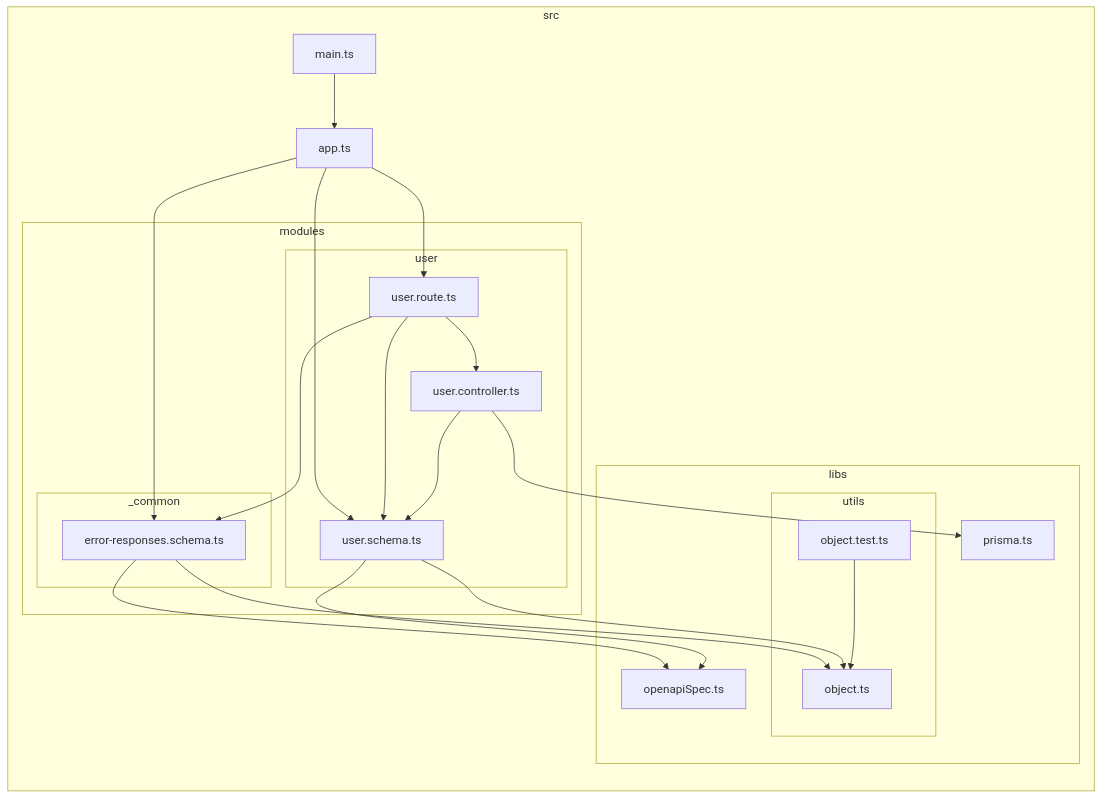
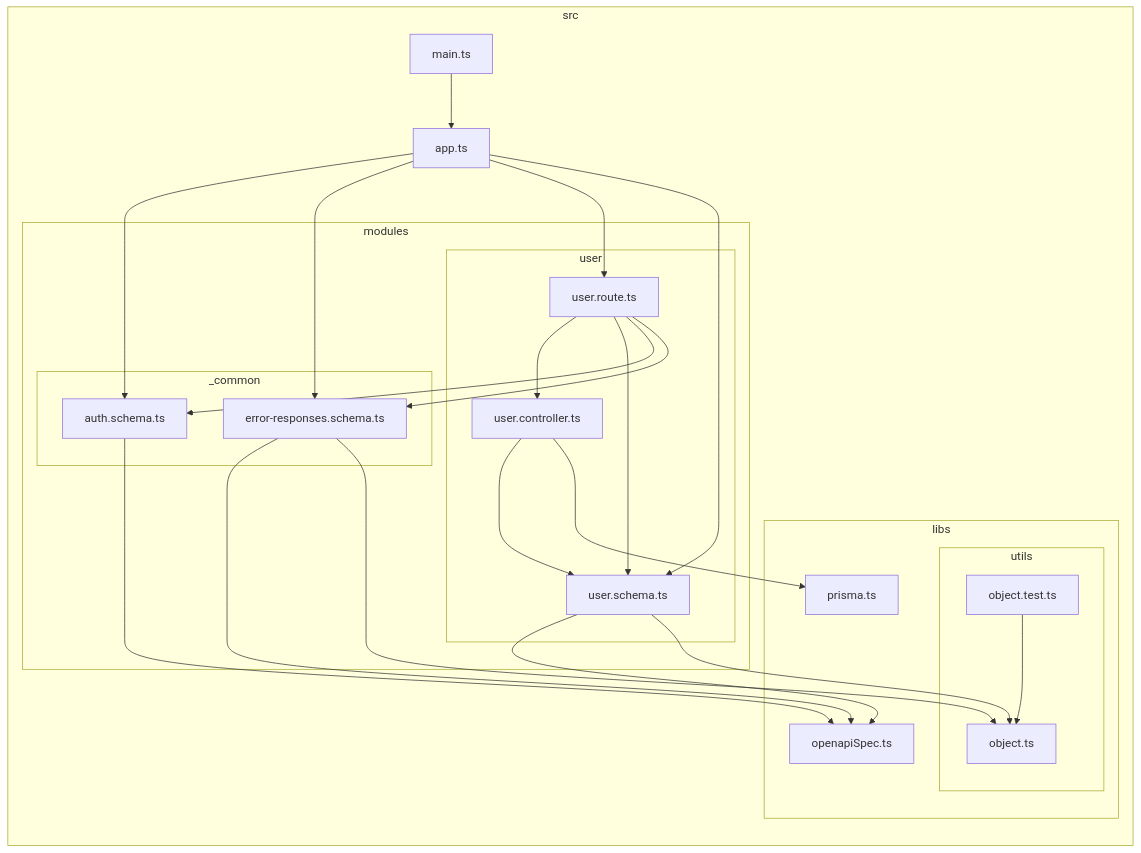
The diagram in docs/dependency-graph.md (junkor-1011/-fastify-prisma-example3), drawn with Mermaid before and after one commit. The commit also changed 4 other files, not shown here.

````diff
--- a/docs/dependency-graph.md
+++ b/docs/dependency-graph.md
@@ -1,40 +1,44 @@
 ```mermaid
 flowchart LR
 
 subgraph 0["src"]
 1["app.ts"]
 subgraph 2["modules"]
 subgraph 3["_common"]
-4["error-responses.schema.ts"]
+4["auth.schema.ts"]
+7["error-responses.schema.ts"]
 end
-subgraph 9["user"]
-A["user.route.ts"]
-B["user.controller.ts"]
-C["user.schema.ts"]
+subgraph A["user"]
+B["user.route.ts"]
+C["user.controller.ts"]
+D["user.schema.ts"]
 end
 end
 subgraph 5["libs"]
 6["openapiSpec.ts"]
-subgraph 7["utils"]
-8["object.ts"]
-E["object.test.ts"]
+subgraph 8["utils"]
+9["object.ts"]
+F["object.test.ts"]
 end
-D["prisma.ts"]
+E["prisma.ts"]
 end
-F["main.ts"]
+G["main.ts"]
 end
 1-->4
-1-->A
-1-->C
+1-->7
+1-->B
+1-->D
 4-->6
-4-->8
-A-->B
-A-->C
-A-->4
+7-->6
+7-->9
 B-->C
 B-->D
-C-->6
-C-->8
-E-->8
-F-->1
+B-->4
+B-->7
+C-->D
+C-->E
+D-->6
+D-->9
+F-->9
+G-->1
 ```
````
